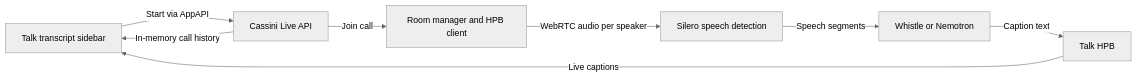
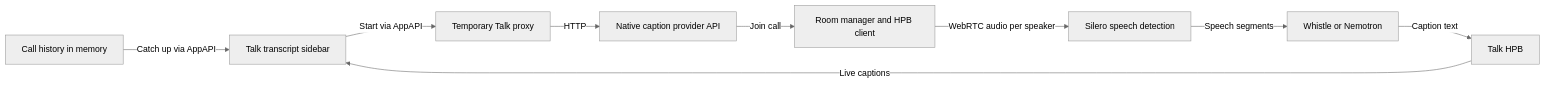
The diagram in README.md (codemyriad/cassini-live), drawn with Mermaid (neutral theme) before and after one commit. The commit also changed other lines of this file, not shown here.

Commit message:
docs: distinguish native captions from transcript history roadmap

```diff
--- a/README.md
+++ b/README.md
@@ -32,10 +35,11 @@
 ~~~mermaid
 flowchart LR
-    Panel["Talk transcript sidebar"] -->|Start via AppAPI| API["Cassini Live API"]
+    Panel["Talk transcript sidebar"] -->|Start via AppAPI| Proxy["Temporary Talk proxy"]
+    Proxy -->|HTTP| API["Native caption provider API"]
     API -->|Join call| Room["Room manager and HPB client"]
     Room -->|WebRTC audio per speaker| VAD["Silero speech detection"]
     VAD -->|Speech segments| Engine["Whistle or Nemotron"]
     Engine -->|Caption text| HPB["Talk HPB"]
     HPB -->|Live captions| Panel
-    API -->|In-memory call history| Panel
+    History["Call history in memory"] -->|Catch up via AppAPI| Panel
 ~~~
```
